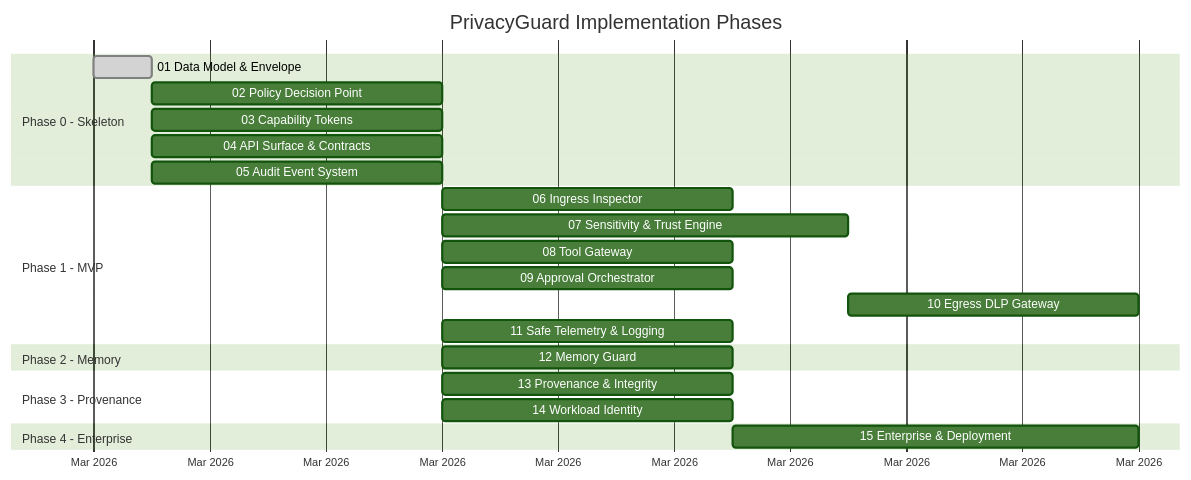
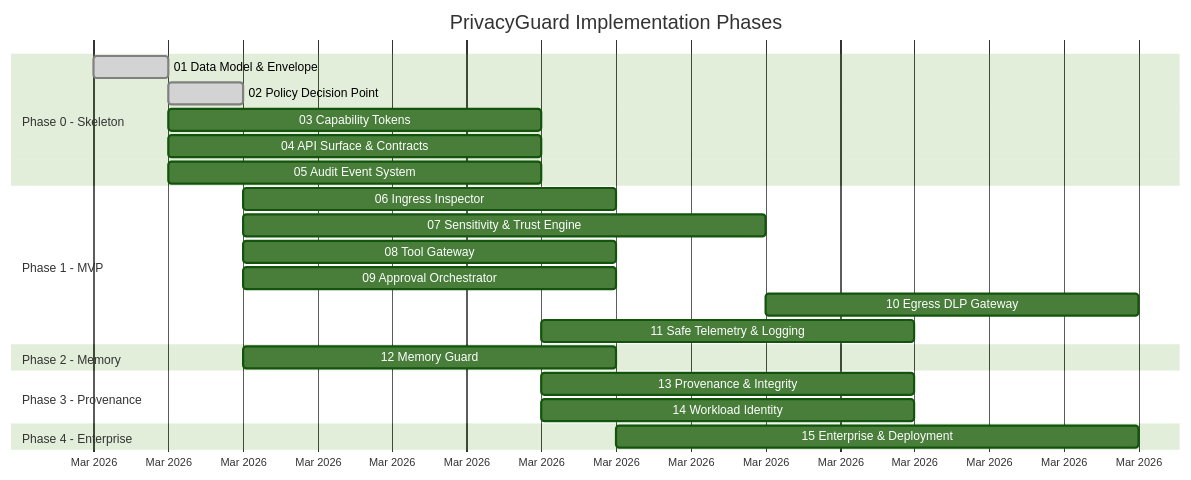
One commit to vvoffsec/PrivacyGuard changed the second of 2 diagrams in README.md. Above: the diagram before and after it, drawn with Mermaid (forest theme). The commit also changed other lines of this file, not shown here.

````diff
--- a/README.md
+++ b/README.md
@@ -125,31 +125,31 @@
 ```mermaid
 gantt
     title PrivacyGuard Implementation Phases
     dateFormat YYYY-MM-DD
     axisFormat %b %Y
 
     section Phase 0 - Skeleton
     01 Data Model & Envelope        :done, p01, 2026-03-07, 1d
-    02 Policy Decision Point        :p02, after p01, 5d
+    02 Policy Decision Point        :done, p02, after p01, 1d
     03 Capability Tokens            :p03, after p01, 5d
     04 API Surface & Contracts      :p04, after p01, 5d
     05 Audit Event System           :p05, after p01, 5d
 
     section Phase 1 - MVP
     06 Ingress Inspector            :p06, after p02, 5d
     07 Sensitivity & Trust Engine   :p07, after p02, 7d
     08 Tool Gateway                 :p08, after p02, 5d
     09 Approval Orchestrator        :p09, after p02, 5d
     10 Egress DLP Gateway           :p10, after p07, 5d
     11 Safe Telemetry & Logging     :p11, after p05, 5d
 
     section Phase 2 - Memory
     12 Memory Guard                 :p12, after p02, 5d
 
     section Phase 3 - Provenance
     13 Provenance & Integrity       :p13, after p05, 5d
     14 Workload Identity            :p14, after p03, 5d
 
     section Phase 4 - Enterprise
     15 Enterprise & Deployment      :p15, after p12, 7d
 ```
````
